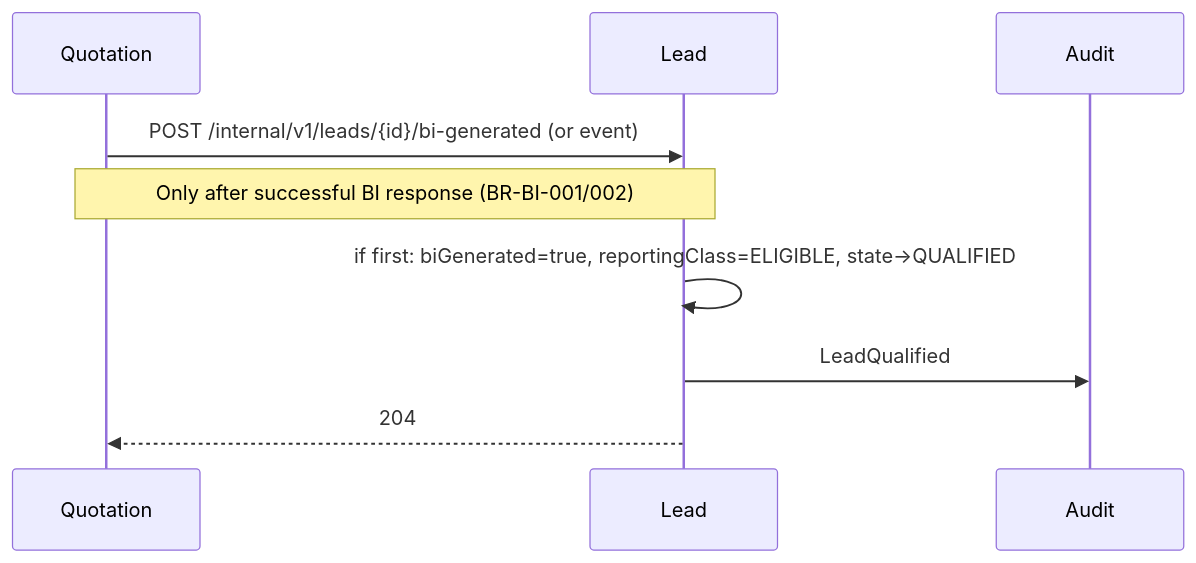
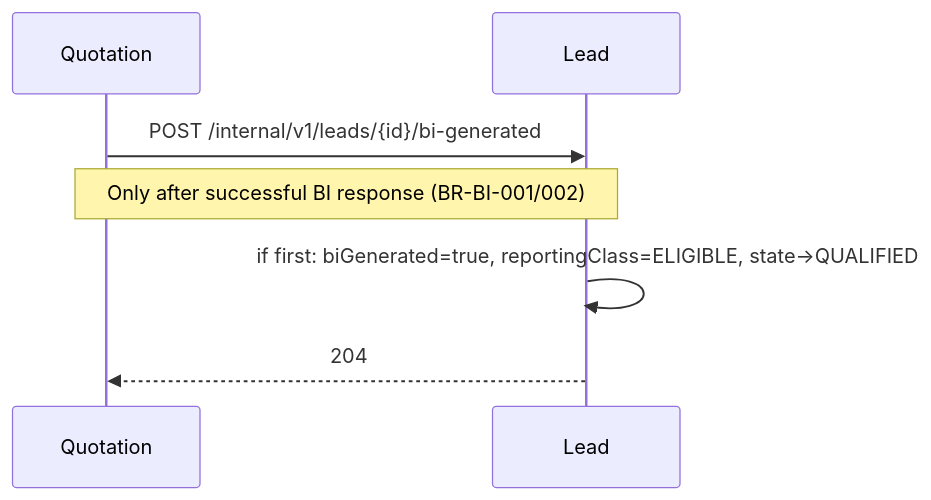
Before and after one commit to Mahesh38/bank-insurance-platform: the sixth of 8 diagrams in docs/platform/ws3-platform/11-lead-module-sequences.md, drawn with Mermaid. The commit also changed other lines of this file and 14 other files, not shown here.

````diff
--- a/docs/platform/ws3-platform/11-lead-module-sequences.md
+++ b/docs/platform/ws3-platform/11-lead-module-sequences.md
@@ -155,12 +164,10 @@
 ```mermaid
 sequenceDiagram
   participant QTE as Quotation #10
   participant LED as Lead #5
-  participant AUD as Audit
 
-  QTE->>LED: POST /internal/v1/leads/{id}/bi-generated (or event)
+  QTE->>LED: POST /internal/v1/leads/{id}/bi-generated
   Note over QTE,LED: Only after successful BI response (BR-BI-001/002)
   LED->>LED: if first: biGenerated=true, reportingClass=ELIGIBLE, state→QUALIFIED
-  LED->>AUD: LeadQualified
   LED-->>QTE: 204
 ```
````
